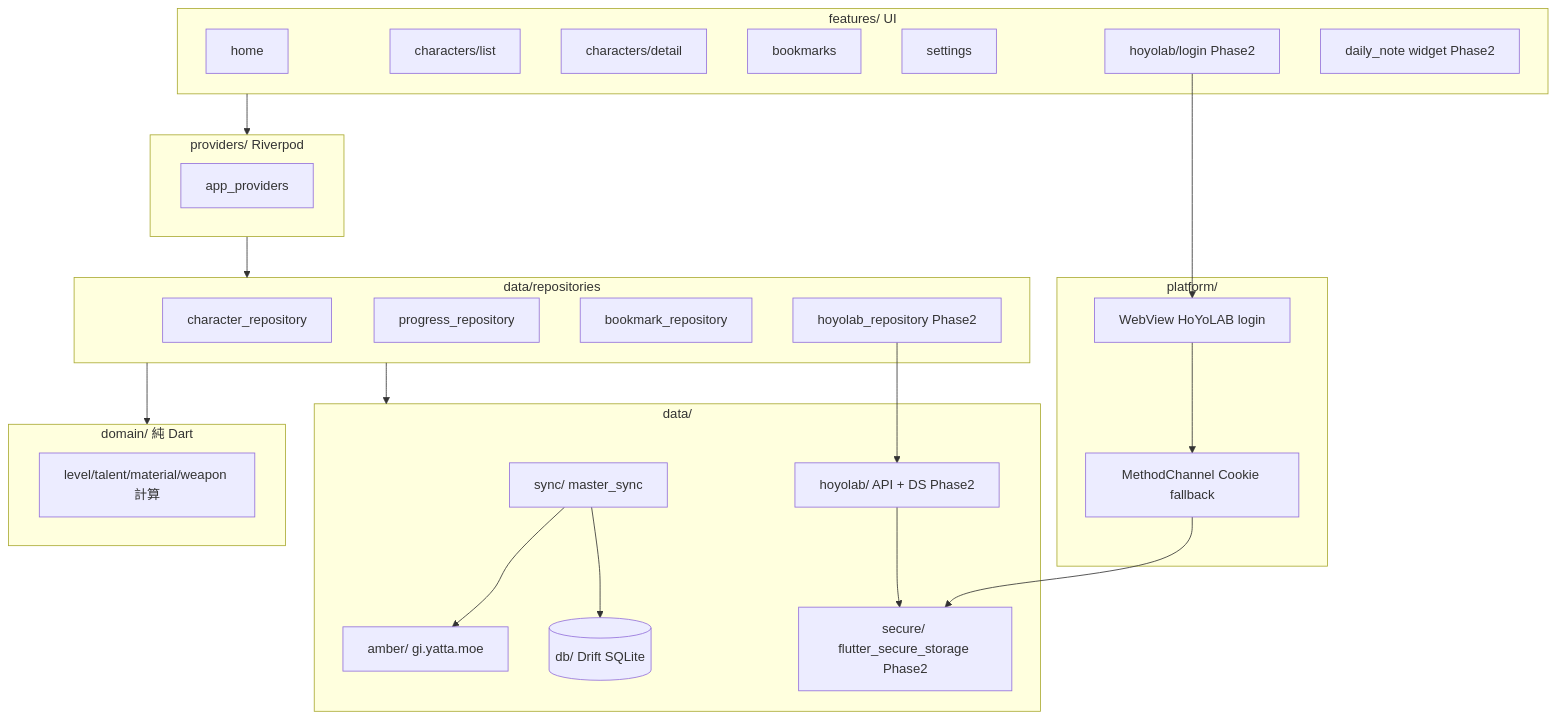
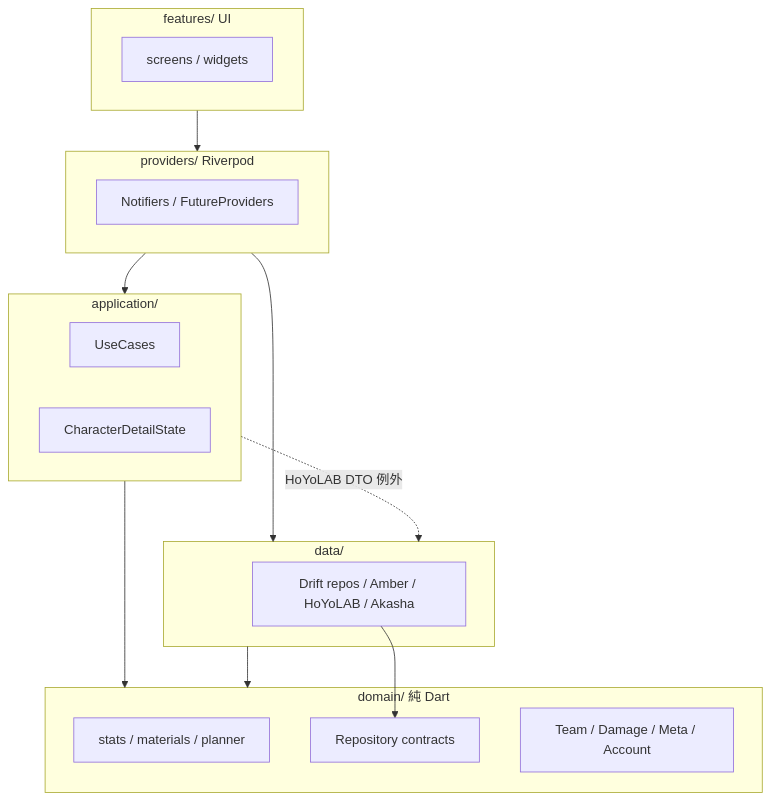
One commit to iori950000rugia-cyber/cursor-project changed the first of 2 diagrams in genshin-builder-mobile/ARCHITECTURE.md. Above: the diagram before and after it, drawn with Mermaid. The commit also changed 46 other files, not shown here.

First line of the commit message:
refactor(mobile): add UseCase ports and domain extension boundaries

````diff
--- a/genshin-builder-mobile/ARCHITECTURE.md
+++ b/genshin-builder-mobile/ARCHITECTURE.md
@@ -10,49 +10,33 @@
 ```mermaid
 flowchart TB
   subgraph features [features/ UI]
-    Home[home]
-    CharList[characters/list]
-    CharDetail[characters/detail]
-    Bookmarks[bookmarks]
-    Settings[settings]
-    HoyolabLogin[hoyolab/login Phase2]
-    DailyNote[daily_note widget Phase2]
+    UI[screens / widgets]
   end
 
   subgraph providers [providers/ Riverpod]
-    RP[app_providers]
+    N[Notifiers / FutureProviders]
   end
 
-  subgraph repos [data/repositories]
-    CharRepo[character_repository]
-    ProgressRepo[progress_repository]
-    BookmarkRepo[bookmark_repository]
-    HoyolabRepo[hoyolab_repository Phase2]
+  subgraph application [application/]
+    UC[UseCases]
+    State[CharacterDetailState]
+  end
+
+  subgraph domain [domain/ 純 Dart]
+    Calc[stats / materials / planner]
+    Ports[Repository contracts]
+    Future[Team / Damage / Meta / Account]
   end
 
   subgraph data [data/]
-    Amber[amber/ gi.yatta.moe]
-    Sync[sync/ master_sync]
-    DB[(db/ Drift SQLite)]
-    Hoyolab[hoyolab/ API + DS Phase2]
-    Secure[secure/ flutter_secure_storage Phase2]
+    Impl[Drift repos / Amber / HoYoLAB / Akasha]
   end
 
-  subgraph platform [platform/]
-    Channel[MethodChannel Cookie fallback]
-    WebView[WebView HoYoLAB login]
-  end
-
-  subgraph domain [domain/ 純 Dart]
-    Calc[level/talent/material/weapon 計算]
-  end
-
-  features --> providers --> repos
-  repos --> data
-  HoyolabLogin --> WebView --> Channel --> Secure
-  HoyolabRepo --> Hoyolab
-  Hoyolab --> Secure
-  repos --> domain
-  Sync --> Amber
-  Sync --> DB
+  features --> providers
+  providers --> application
+  providers --> data
+  application --> domain
+  application -.->|HoYoLAB DTO 例外| data
+  data --> domain
+  Impl --> Ports
 ```
````
